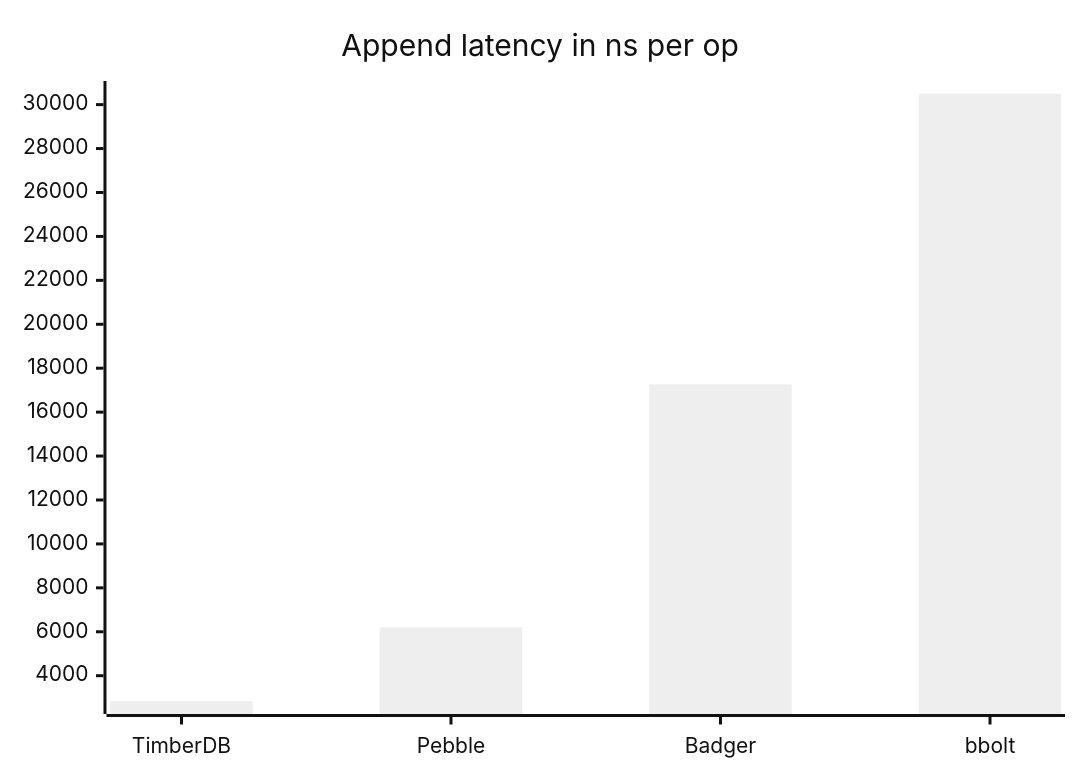
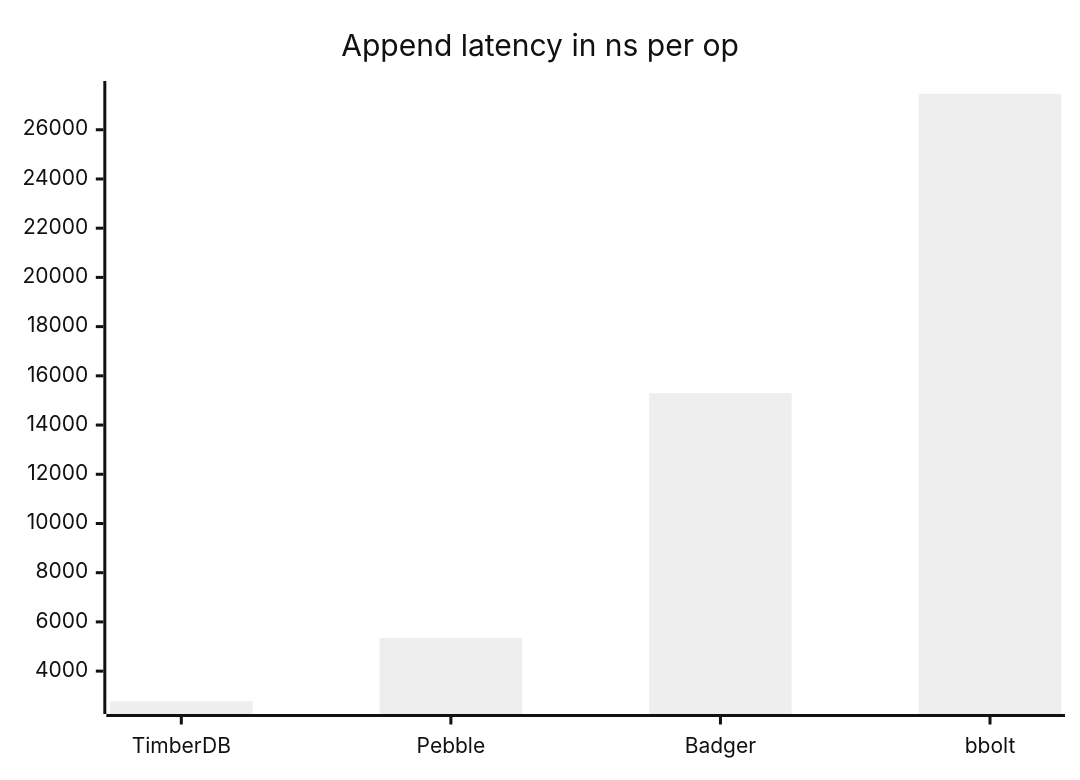
One commit to ngaddam369/timberdb changed the second of 3 diagrams in README.md. Above: the diagram before and after it, drawn with Mermaid (neutral theme). The commit also changed other lines of this file and 8 other files, not shown here.

````diff
--- a/README.md
+++ b/README.md
@@ -60,6 +60,6 @@
 ```mermaid
 xychart-beta
     title "Append latency in ns per op"
     x-axis [TimberDB, Pebble, Badger, bbolt]
-    bar [2837, 6204, 17262, 30495]
+    bar [2776, 5350, 15294, 27463]
 ```
````
